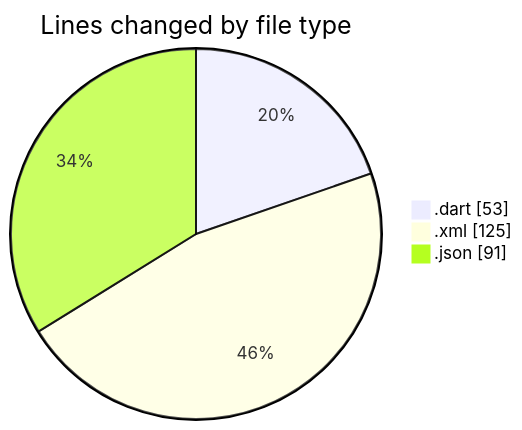
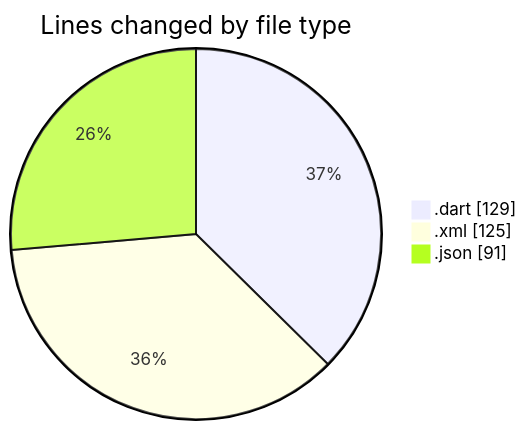
One commit to donsfak/code-tracking changed the first of 2 diagrams in 2025-02-20/uber_clone/README.md. Above: the diagram before and after it, drawn with Mermaid. The commit also changed other lines of this file and 1 other file, not shown here.

````diff
--- a/2025-02-20/uber_clone/README.md
+++ b/2025-02-20/uber_clone/README.md
@@ -23,7 +24,7 @@
 ```mermaid
 pie showData
 title Lines changed by file type
-".dart" : 53
+".dart" : 129
 ".xml" : 125
 ".json" : 91
 ```
````
